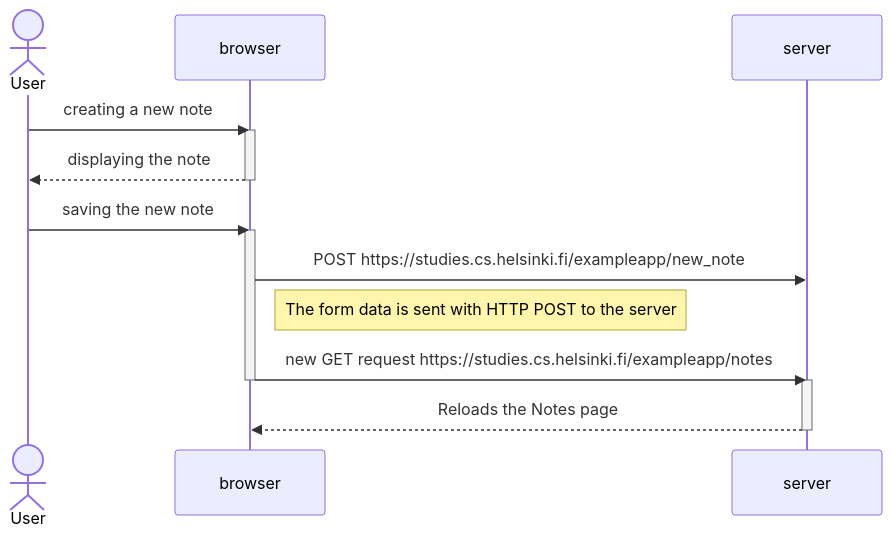
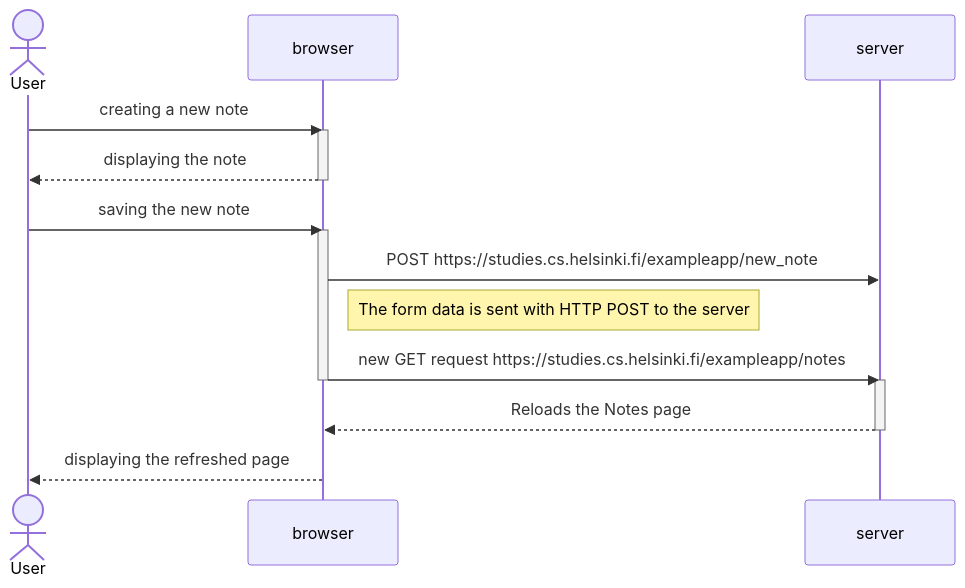
One commit to lumuellelumelay/full_stack_open changed the first of 2 diagrams in README.md. Above: the diagram before and after it, drawn with Mermaid.

Commit message:
README.md

````diff
--- a/README.md
+++ b/README.md
@@ -5,26 +5,26 @@
 ```mermaid
 sequenceDiagram
     actor User
     participant browser
     participant server
 
     User->>browser: creating a new note
     activate browser
     browser-->>User: displaying the note
     deactivate browser
 
     User->>browser: saving the new note
     activate browser
     browser->>server: POST https://studies.cs.helsinki.fi/exampleapp/new_note
 
     Note right of browser: The form data is sent with HTTP POST to the server
 
     browser->>server: new GET request https://studies.cs.helsinki.fi/exampleapp/notes
     deactivate browser
     activate server
     server-->>browser: Reloads the Notes page
     deactivate server
 
-    %% this is a comment %%
+    browser-->>User: displaying the refreshed page
     
 ```
````
